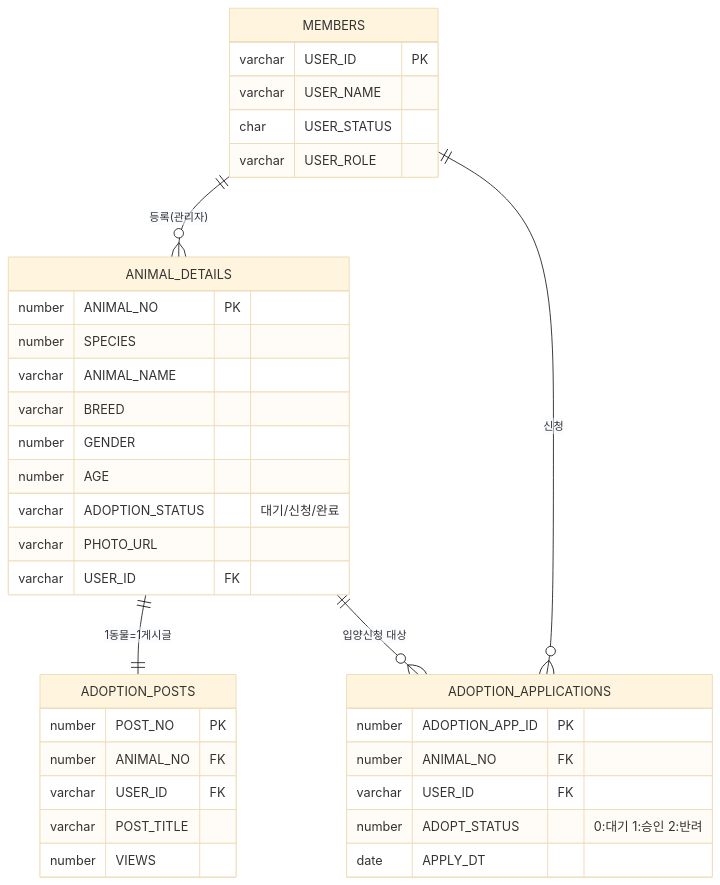
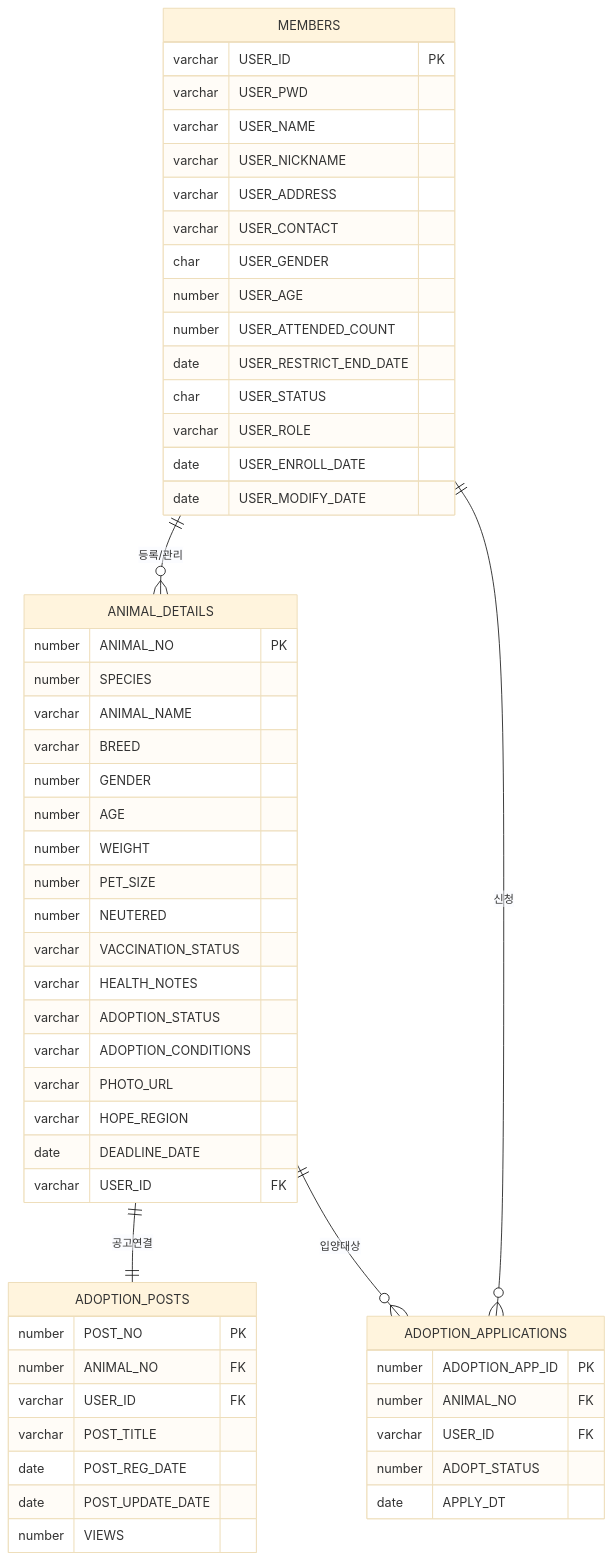
Before and after one commit to KJH-Portfolio/202511-stray-dog-volunteer: the second of 6 diagrams in erd.md, drawn with Mermaid (base theme). The commit also changed other lines of this file and 3 other files, not shown here.

````diff
--- a/erd.md
+++ b/erd.md
@@ -338,39 +425,58 @@
 ```mermaid
 erDiagram
     MEMBERS {
         varchar USER_ID PK
+        varchar USER_PWD
         varchar USER_NAME
+        varchar USER_NICKNAME
+        varchar USER_ADDRESS
+        varchar USER_CONTACT
+        char    USER_GENDER
+        number  USER_AGE
+        number  USER_ATTENDED_COUNT
+        date    USER_RESTRICT_END_DATE
         char    USER_STATUS
         varchar USER_ROLE
+        date    USER_ENROLL_DATE
+        date    USER_MODIFY_DATE
     }
     ANIMAL_DETAILS {
-        number  ANIMAL_NO PK
-        number  SPECIES
+        number ANIMAL_NO PK
+        number SPECIES
         varchar ANIMAL_NAME
         varchar BREED
-        number  GENDER
-        number  AGE
-        varchar ADOPTION_STATUS "대기/신청/완료"
+        number GENDER
+        number AGE
+        number WEIGHT
+        number PET_SIZE
+        number NEUTERED
+        varchar VACCINATION_STATUS
+        varchar HEALTH_NOTES
+        varchar ADOPTION_STATUS
+        varchar ADOPTION_CONDITIONS
         varchar PHOTO_URL
+        varchar HOPE_REGION
+        date    DEADLINE_DATE
         varchar USER_ID FK
     }
     ADOPTION_POSTS {
-        number  POST_NO PK
-        number  ANIMAL_NO FK
+        number POST_NO PK
+        number ANIMAL_NO FK
         varchar USER_ID FK
         varchar POST_TITLE
-        number  VIEWS
+        date    POST_REG_DATE
+        date    POST_UPDATE_DATE
+        number VIEWS
     }
     ADOPTION_APPLICATIONS {
-        number  ADOPTION_APP_ID PK
-        number  ANIMAL_NO FK
+        number ADOPTION_APP_ID PK
+        number ANIMAL_NO FK
         varchar USER_ID FK
-        number  ADOPT_STATUS "0:대기 1:승인 2:반려"
+        number ADOPT_STATUS
         date    APPLY_DT
     }
-
-    MEMBERS ||--o{ ANIMAL_DETAILS : "등록(관리자)"
-    ANIMAL_DETAILS ||--|| ADOPTION_POSTS : "1동물=1게시글"
-    ANIMAL_DETAILS ||--o{ ADOPTION_APPLICATIONS : "입양신청 대상"
+    MEMBERS ||--o{ ANIMAL_DETAILS : "등록/관리"
+    ANIMAL_DETAILS ||--|| ADOPTION_POSTS : "공고연결"
+    ANIMAL_DETAILS ||--o{ ADOPTION_APPLICATIONS : "입양대상"
     MEMBERS ||--o{ ADOPTION_APPLICATIONS : "신청"
 ```
````
